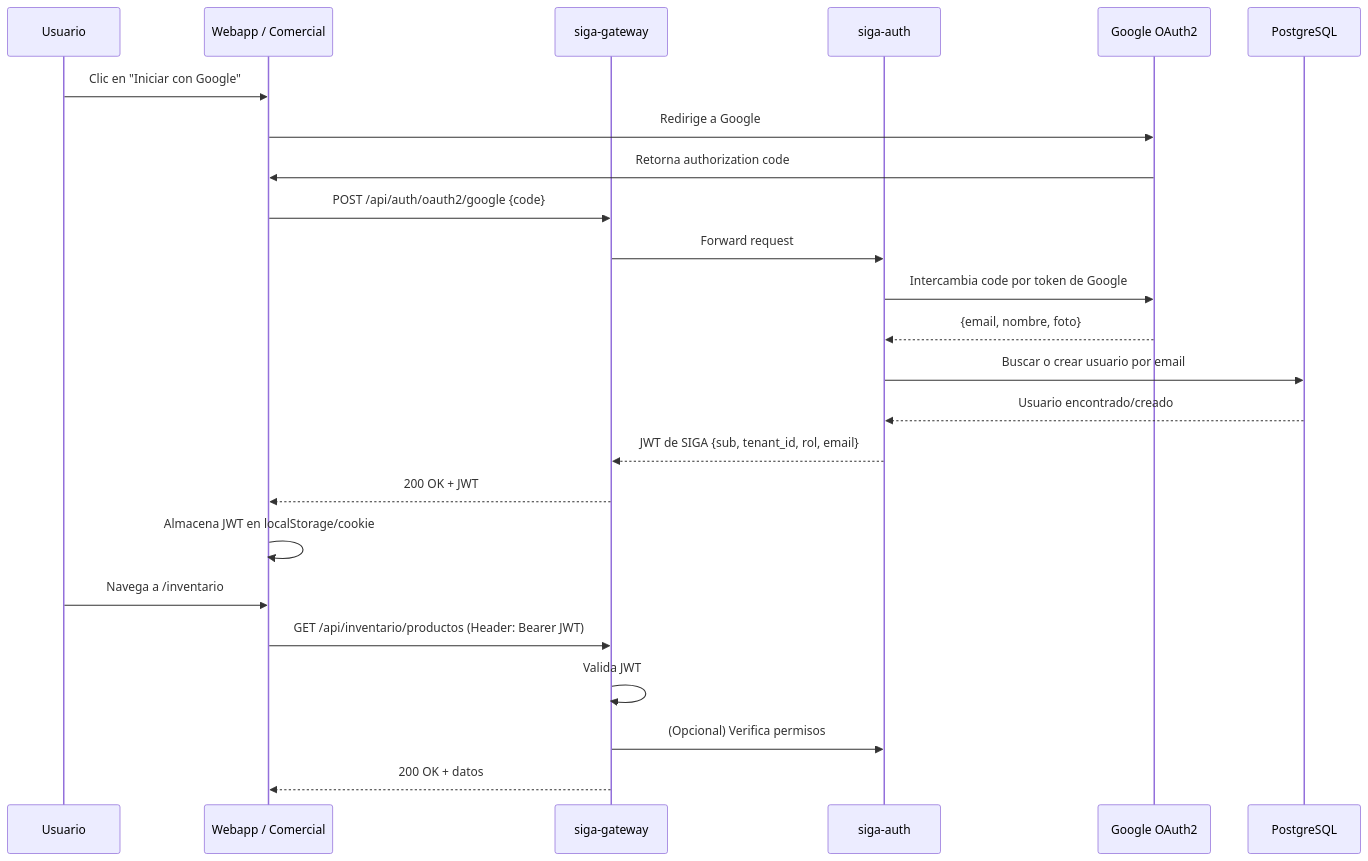
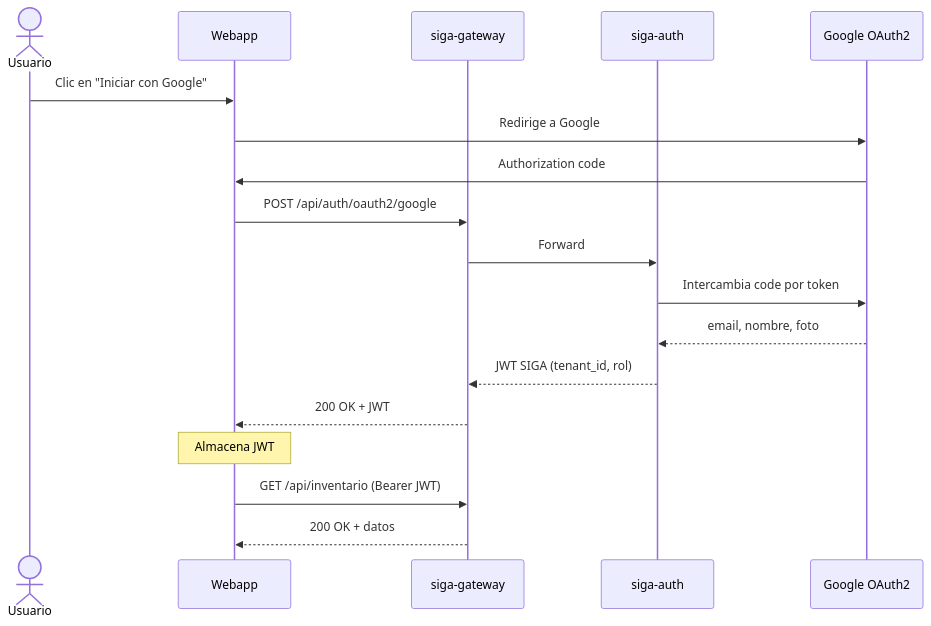
One commit to HecAguilaV/SIGA changed the fourth of 9 diagrams in openspec/changes/migracion-microservicios/architecture-diagrams.md. Above: the diagram before and after it, drawn with Mermaid. The commit also changed other lines of this file, not shown here.

Commit message:
docs: rediseñar diagramas con layouts limpios y líneas rectas

````diff
--- a/openspec/changes/migracion-microservicios/architecture-diagrams.md
+++ b/openspec/changes/migracion-microservicios/architecture-diagrams.md
@@ -82,27 +108,21 @@
 ```mermaid
 sequenceDiagram
-    participant U as Usuario
-    participant W as Webapp / Comercial
+    actor U as Usuario
+    participant W as Webapp
     participant GW as siga-gateway
     participant AU as siga-auth
     participant G as Google OAuth2
-    participant DB as PostgreSQL
 
     U->>W: Clic en "Iniciar con Google"
     W->>G: Redirige a Google
-    G->>W: Retorna authorization code
-    W->>GW: POST /api/auth/oauth2/google {code}
-    GW->>AU: Forward request
-    AU->>G: Intercambia code por token de Google
-    G-->>AU: {email, nombre, foto}
-    AU->>DB: Buscar o crear usuario por email
-    DB-->>AU: Usuario encontrado/creado
-    AU-->>GW: JWT de SIGA {sub, tenant_id, rol, email}
+    G->>W: Authorization code
+    W->>GW: POST /api/auth/oauth2/google
+    GW->>AU: Forward
+    AU->>G: Intercambia code por token
+    G-->>AU: email, nombre, foto
+    AU-->>GW: JWT SIGA (tenant_id, rol)
     GW-->>W: 200 OK + JWT
-    W->>W: Almacena JWT en localStorage/cookie
-    U->>W: Navega a /inventario
-    W->>GW: GET /api/inventario/productos (Header: Bearer JWT)
-    GW->>GW: Valida JWT
-    GW->>AU: (Opcional) Verifica permisos
+    Note over W: Almacena JWT
+    W->>GW: GET /api/inventario (Bearer JWT)
     GW-->>W: 200 OK + datos
 ```
````
